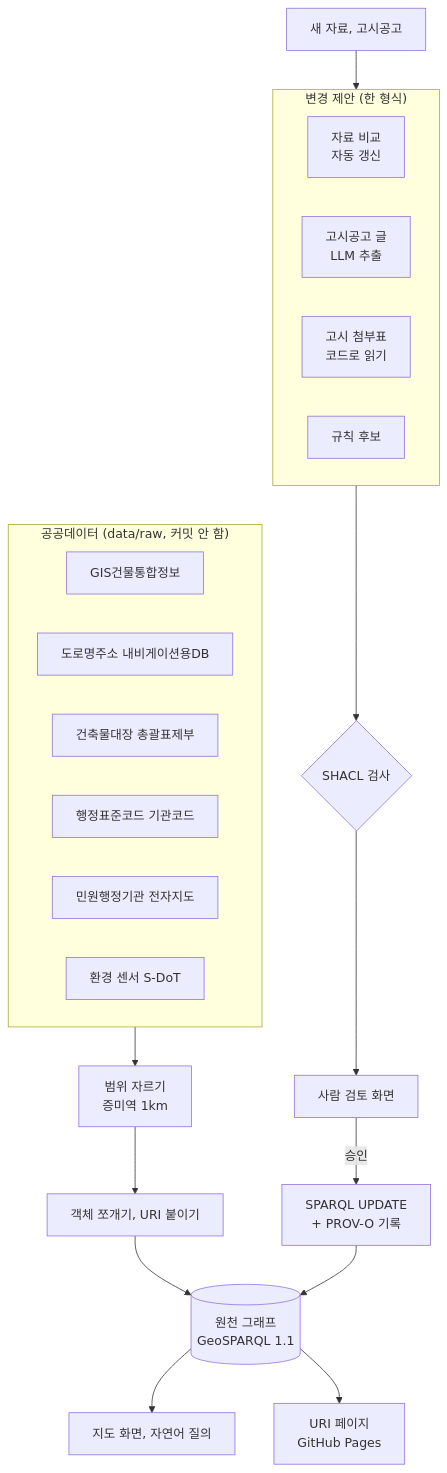
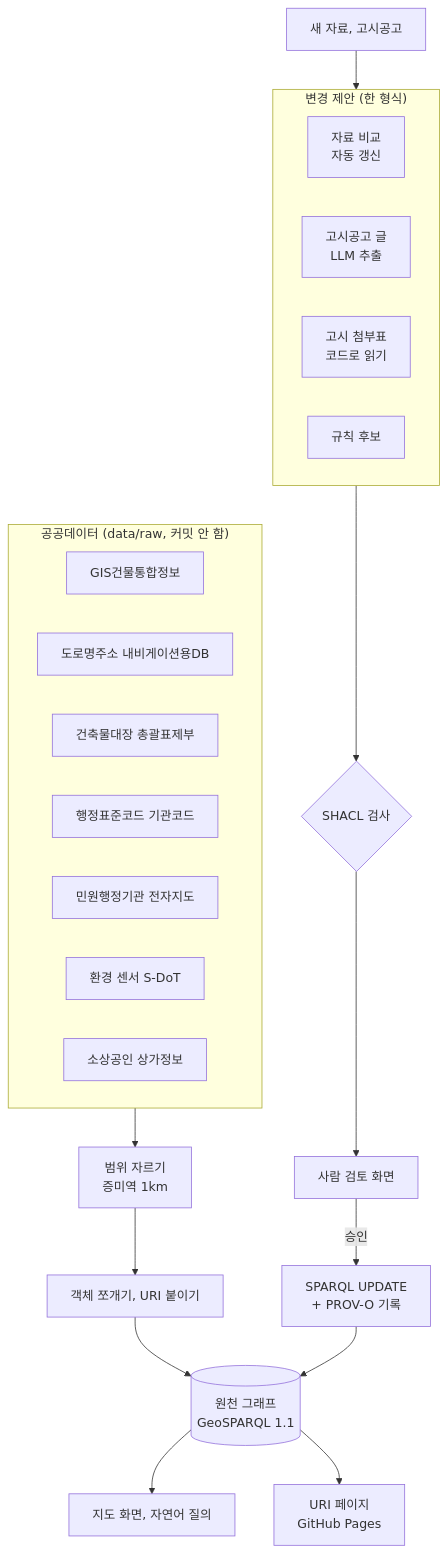
The diagram in README.md (yeodh10/jeungmi-geokg), drawn with Mermaid before and after one commit. The commit also changed other lines of this file and 15 other files, not shown here.

````diff
--- a/README.md
+++ b/README.md
@@ -70,27 +71,28 @@
 ```mermaid
 flowchart TB
   subgraph SRC["공공데이터 (data/raw, 커밋 안 함)"]
     A1[GIS건물통합정보]
     A2[도로명주소 내비게이션용DB]
     A3[건축물대장 총괄표제부]
     A4[행정표준코드 기관코드]
     A5[민원행정기관 전자지도]
     A6[환경 센서 S-DoT]
+    A7[소상공인 상가정보]
   end
   SRC --> B[범위 자르기<br>증미역 1km]
   B --> C[객체 쪼개기, URI 붙이기]
   C --> D[(원천 그래프<br>GeoSPARQL 1.1)]
   subgraph PROP["변경 제안 (한 형식)"]
     P1[자료 비교<br>자동 갱신]
     P2[고시공고 글<br>LLM 추출]
     P3[고시 첨부표<br>코드로 읽기]
     P4[규칙 후보]
   end
   N[새 자료, 고시공고] --> PROP
   PROP --> S{SHACL 검사}
   S --> R[사람 검토 화면]
   R -- 승인 --> U[SPARQL UPDATE<br>+ PROV-O 기록]
   U --> D
   D --> M[지도 화면, 자연어 질의]
   D --> W[URI 페이지<br>GitHub Pages]
 ```
````
